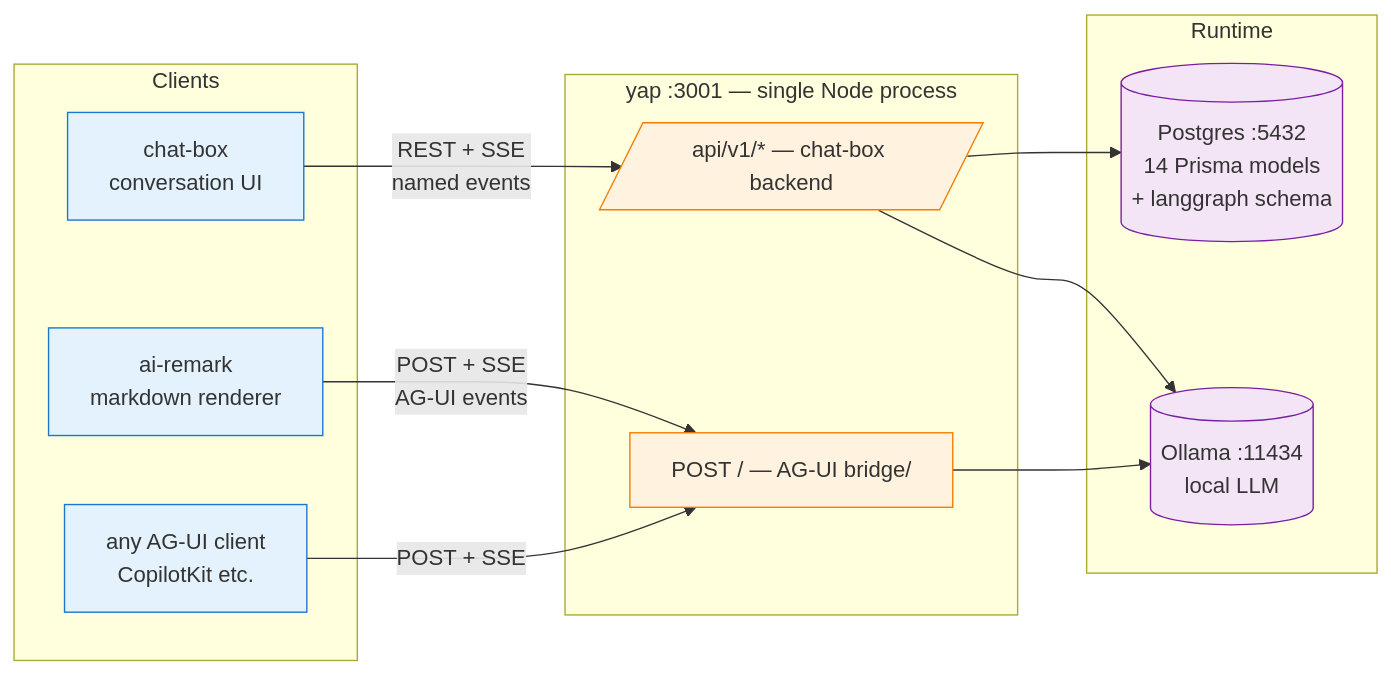
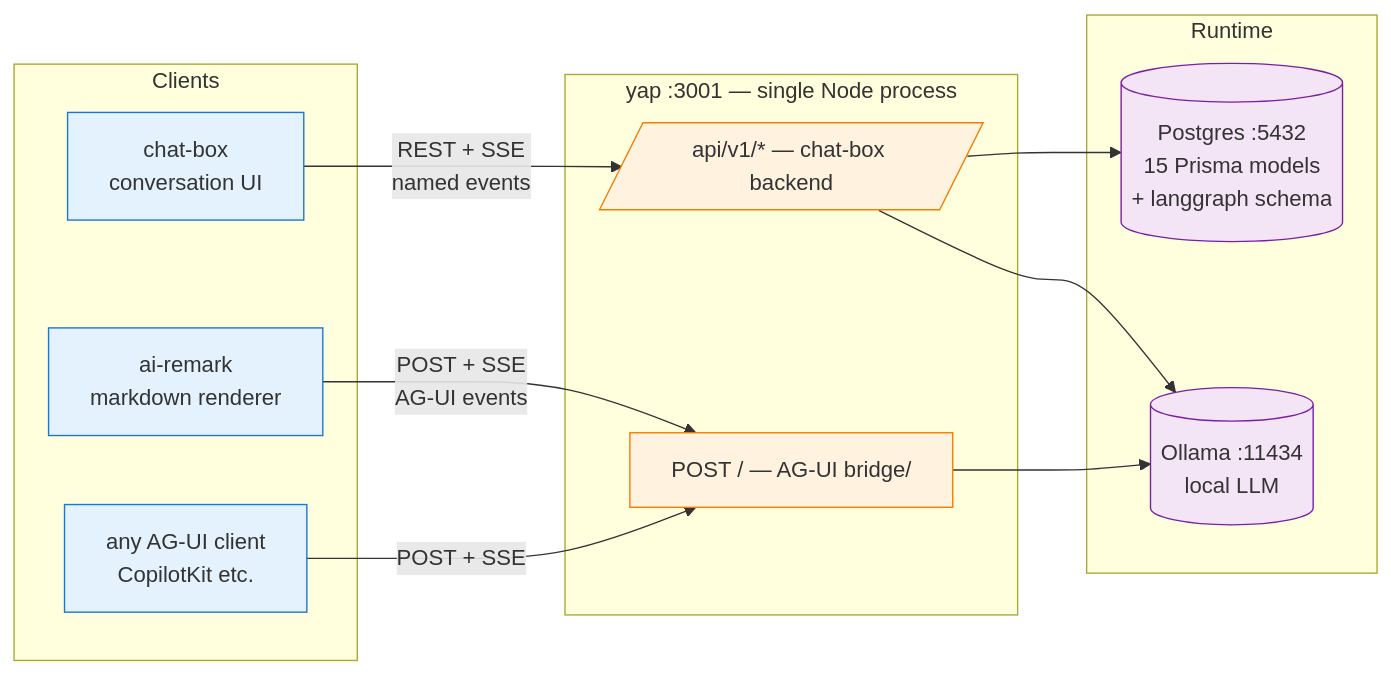
One commit to hasangilak/yap changed the first of 9 diagrams in docs/architecture.md. Above: the diagram before and after it, drawn with Mermaid. The commit also changed other lines of this file and 5 other files, not shown here.

````diff
--- a/docs/architecture.md
+++ b/docs/architecture.md
@@ -11,33 +11,33 @@
 ```mermaid
 flowchart LR
     subgraph Clients
         CB[chat-box<br/>conversation UI]
         AR[ai-remark<br/>markdown renderer]
         AGUI[any AG-UI client<br/>CopilotKit etc.]
     end
 
     subgraph yap[yap :3001 — single Node process]
         API[/api/v1/* — chat-box backend/]
         AGU[POST / — AG-UI bridge/]
     end
 
     subgraph Runtime
         OL[(Ollama :11434<br/>local LLM)]
-        PG[(Postgres :5432<br/>14 Prisma models<br/>+ langgraph schema)]
+        PG[(Postgres :5432<br/>15 Prisma models<br/>+ langgraph schema)]
     end
 
     CB -->|REST + SSE<br/>named events| API
     AR -->|POST + SSE<br/>AG-UI events| AGU
     AGUI -->|POST + SSE| AGU
 
     API --> PG
     API --> OL
     AGU --> OL
 
     classDef client fill:#e3f2fd,stroke:#1976d2
     classDef surface fill:#fff3e0,stroke:#f57c00
     classDef runtime fill:#f3e5f5,stroke:#7b1fa2
     class CB,AR,AGUI client
     class API,AGU surface
     class OL,PG runtime
 ```
````
